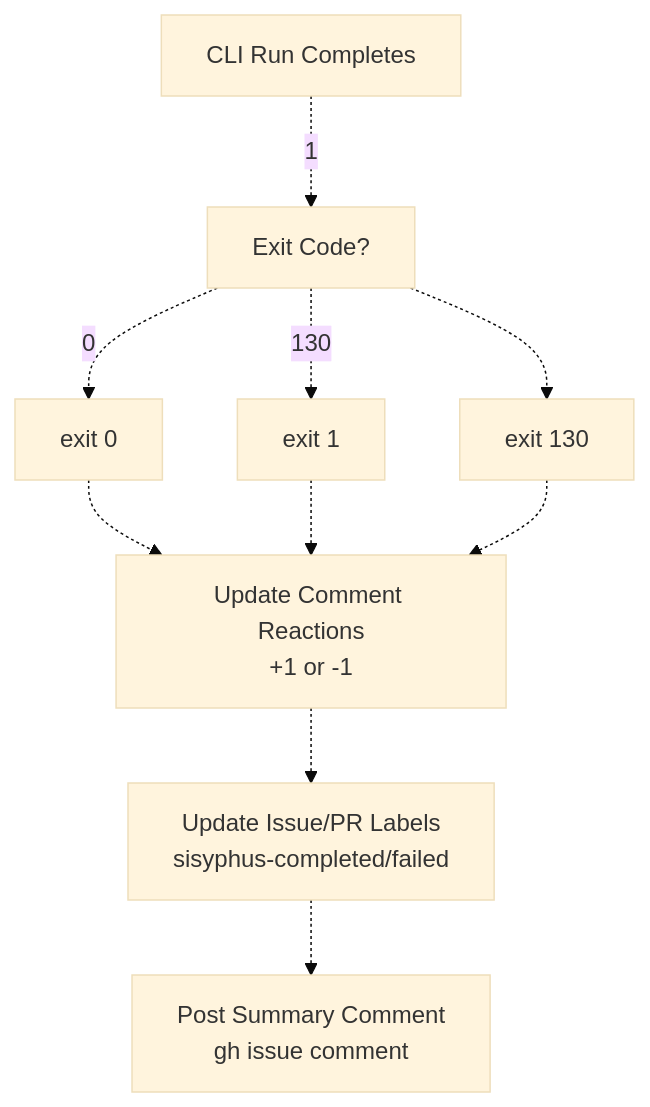
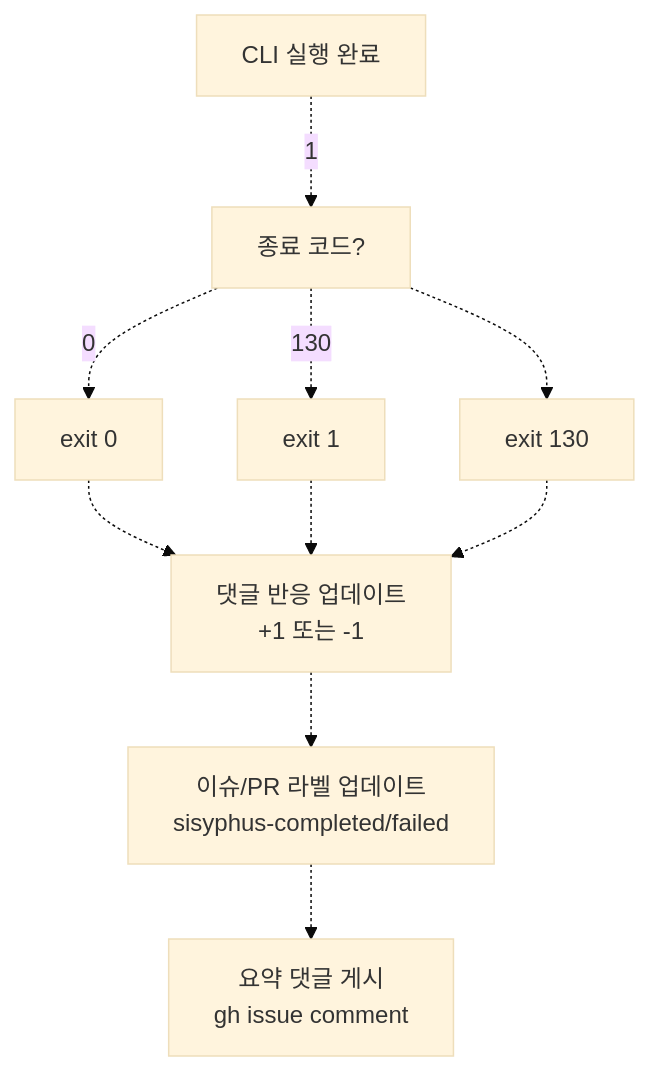
Before and after one commit to felipetruman/oh-my-opencode-docs: the seventh of 7 diagrams in docs/automation/github-actions-integration.md, drawn with Mermaid (base theme). The commit also changed other lines of this file and 76 other files, not shown here.

````diff
--- a/docs/automation/github-actions-integration.md
+++ b/docs/automation/github-actions-integration.md
@@ -465,22 +465,22 @@
 ```mermaid
 flowchart TD
 
-RunComplete["CLI Run Completes"]
-CheckExitCode["Exit Code?"]
+RunComplete["CLI 실행 완료"]
+CheckExitCode["종료 코드?"]
 Success["exit 0"]
 Failure["exit 1"]
 Timeout["exit 130"]
-UpdateReactions["Update Comment Reactions<br>+1 or -1"]
-UpdateLabels["Update Issue/PR Labels<br>sisyphus-completed/failed"]
-PostSummary["Post Summary Comment<br>gh issue comment"]
+UpdateReactions["댓글 반응 업데이트<br>+1 또는 -1"]
+UpdateLabels["이슈/PR 라벨 업데이트<br>sisyphus-completed/failed"]
+PostSummary["요약 댓글 게시<br>gh issue comment"]
 
 RunComplete -.->|"1"| CheckExitCode
 CheckExitCode -.->|"0"| Success
 CheckExitCode -.->|"130"| Failure
 CheckExitCode -.-> Timeout
 Success -.-> UpdateReactions
 Failure -.-> UpdateReactions
 Timeout -.-> UpdateReactions
 UpdateReactions -.-> UpdateLabels
 UpdateLabels -.-> PostSummary
 ```
````
